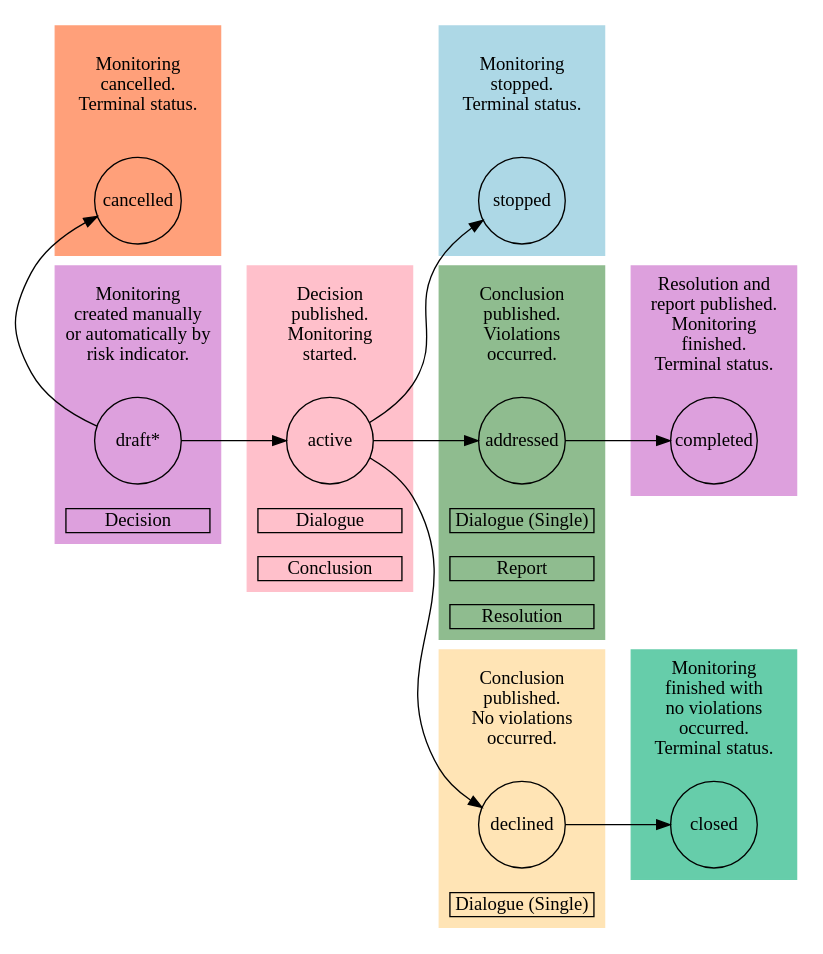
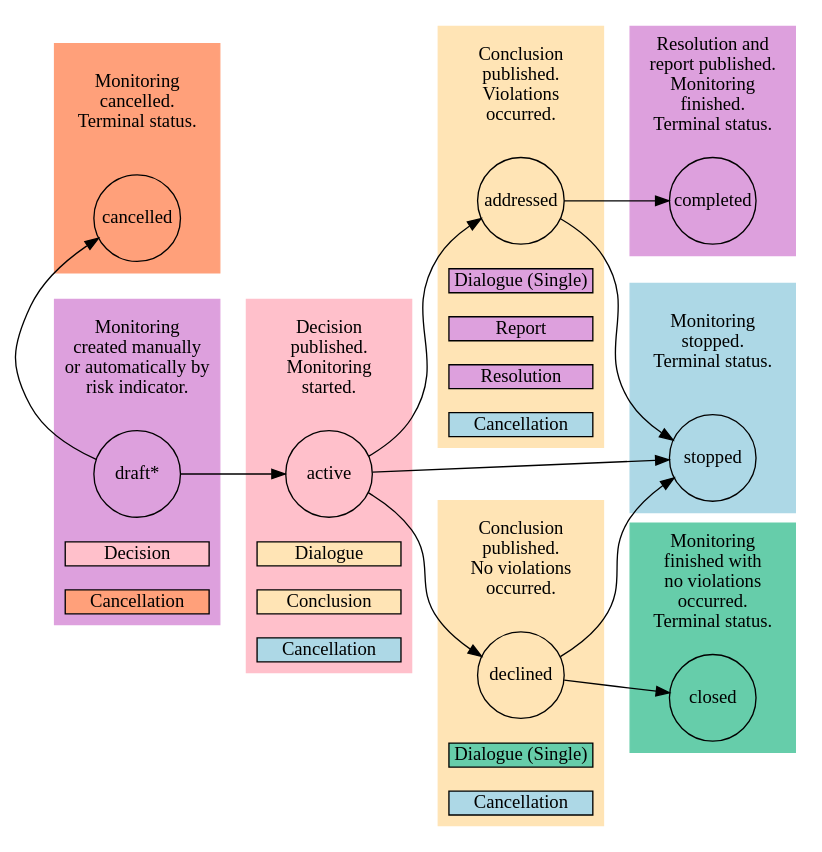
The diagram in docs/source/standard/monitoring.rst (ProzorroUKR/openprocurement.audit.api), drawn with Graphviz before and after one commit. The commit also changed other lines of this file and 10 other files, not shown here.

```diff
--- a/docs/source/standard/monitoring.rst
+++ b/docs/source/standard/monitoring.rst
@@ -204,6 +223,8 @@
         addressed -> completed
         active -> declined
         declined -> closed
+        addressed -> stopped
+        declined -> stopped
         active -> stopped
         draft -> cancelled [
             constraint = false
@@ -212,6 +233,8 @@
         decision_object [
             label = "Decision"
             shape = rect
+            style = filled
+            fillcolor = pink
             fixedsize = true
             height = .25
             width = 1.5
@@ -219,6 +242,8 @@
         dialogue_object [
             label = "Dialogue"
             shape = rect
+            style = filled
+            fillcolor = moccasin
             fixedsize = true
             height = .25
             width = 1.5
@@ -226,6 +251,8 @@
         single_addressed_dialogue_object [
             label = "Dialogue (Single)"
             shape = rect
+            style = filled
+            fillcolor = plum
             fixedsize = true
             height = .25
             width = 1.5
@@ -233,6 +260,8 @@
         single_declined_dialogue_object [
             label = "Dialogue (Single)"
             shape = rect
+            style = filled
+            fillcolor = mediumaquamarine
             fixedsize = true
             height = .25
             width = 1.5
@@ -240,6 +269,8 @@
         conclusion_object [
             label = "Conclusion"
             shape = rect
+            style = filled
+            fillcolor = moccasin
             fixedsize = true
             height = .25
             width = 1.5
@@ -247,6 +278,8 @@
         report_object [
             label = "Report"
             shape = rect
+            style = filled
+            fillcolor = plum
             fixedsize = true
             height = .25
             width = 1.5
@@ -254,6 +287,44 @@
         resolution_object [
             label = "Resolution"
             shape = rect
+            style = filled
+            fillcolor = plum
+            fixedsize = true
+            height = .25
+            width = 1.5
+        ]
+        cancellation_active_object [
+            label = "Cancellation"
+            shape = rect
+            style = filled
+            fillcolor = lightblue
+            fixedsize = true
+            height = .25
+            width = 1.5
+        ]
+        cancellation_addressed_object [
+            label = "Cancellation"
+            shape = rect
+            style = filled
+            fillcolor = lightblue
+            fixedsize = true
+            height = .25
+            width = 1.5
+        ]
+        cancellation_declined_object [
+            label = "Cancellation"
+            shape = rect
+            style = filled
+            fillcolor = lightblue
+            fixedsize = true
+            height = .25
+            width = 1.5
+        ]
+        cancellation_draft_object [
+            label = "Cancellation"
+            shape = rect
+            style = filled
+            fillcolor = lightsalmon
             fixedsize = true
             height = .25
             width = 1.5
@@ -265,6 +336,7 @@
             draft_desc
             draft
             decision_object
+            cancellation_draft_object
         }
         subgraph cluster_cancelled {
             style = filled
@@ -279,15 +351,17 @@
             active
             dialogue_object
             conclusion_object
+            cancellation_active_object
         }
         subgraph cluster_addressed {
             style = filled
-            color = darkseagreen
+            color = moccasin
             addressed_desc
             addressed
             single_addressed_dialogue_object
             report_object
             resolution_object
+            cancellation_addressed_object
         }
         subgraph cluster_declined {
             style = filled
@@ -295,6 +369,7 @@
             declined_desc
             declined
             single_declined_dialogue_object
+            cancellation_declined_object
         }
         subgraph cluster_stopped {
             style = filled
```
